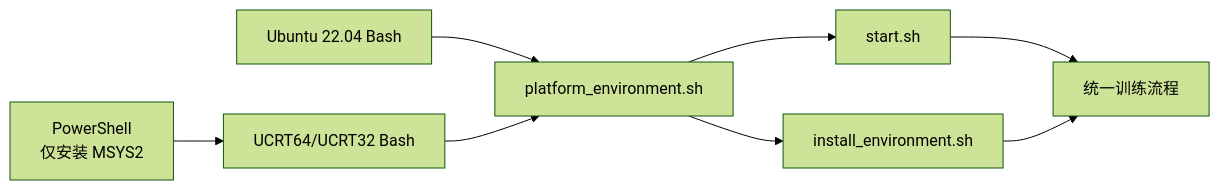
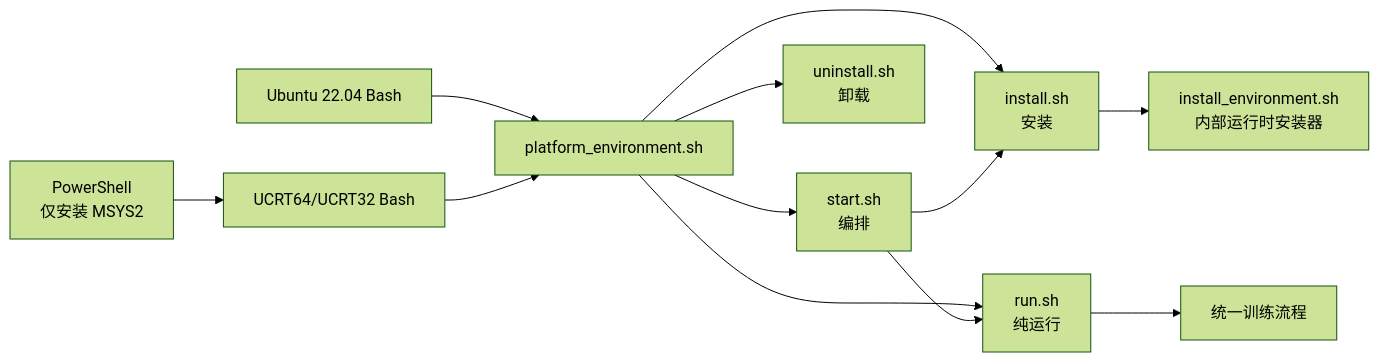
The first of 3 diagrams in tools/practice_tool/docs/cross_platform_and_repository_independence.md (FormingSystem/linux_note), drawn with Mermaid (forest theme) before and after one commit. The commit also changed other lines of this file and 11 other files, not shown here.

````diff
--- a/tools/practice_tool/docs/cross_platform_and_repository_independence.md
+++ b/tools/practice_tool/docs/cross_platform_and_repository_independence.md
@@ -24,10 +24,14 @@
 ```mermaid
 flowchart LR
     PS["PowerShell<br/>仅安装 MSYS2"] --> UB["UCRT64/UCRT32 Bash"]
     UL["Ubuntu 22.04 Bash"] --> PE["platform_environment.sh"]
     UB --> PE
-    PE --> ST["start.sh"]
-    PE --> IE["install_environment.sh"]
-    ST --> APP["统一训练流程"]
-    IE --> APP
+    PE --> ST["start.sh<br/>编排"]
+    PE --> IN["install.sh<br/>安装"]
+    PE --> RN["run.sh<br/>纯运行"]
+    PE --> UN["uninstall.sh<br/>卸载"]
+    IN --> IE["install_environment.sh<br/>内部运行时安装器"]
+    ST --> IN
+    ST --> RN
+    RN --> APP["统一训练流程"]
 ```
````
